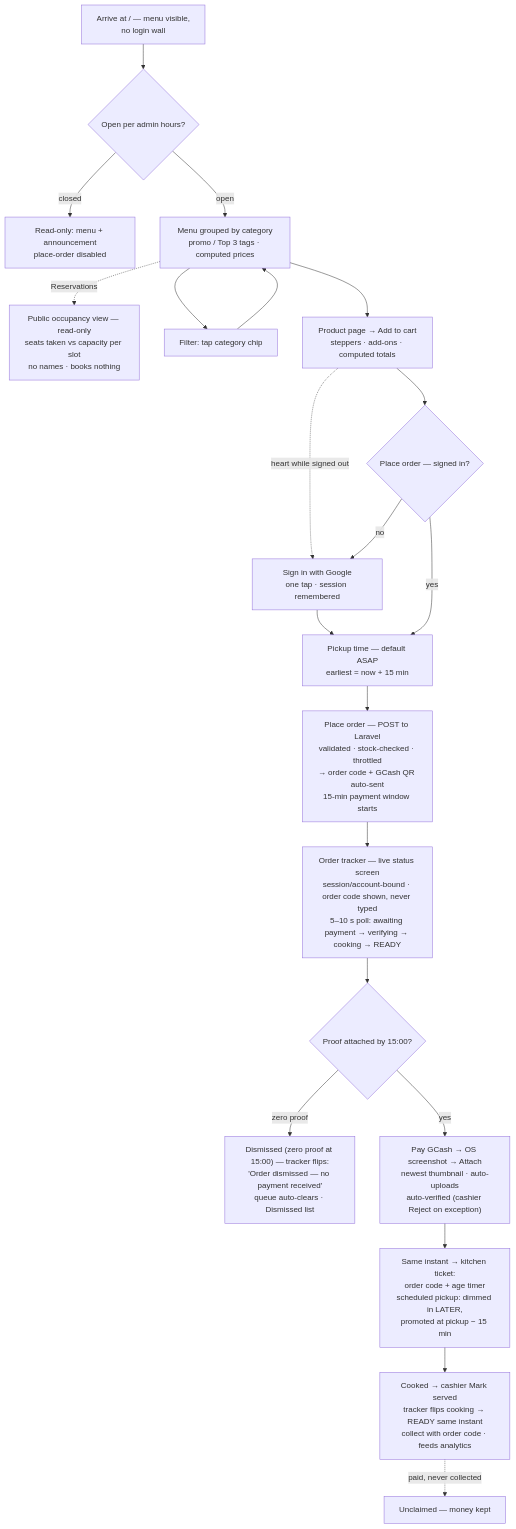
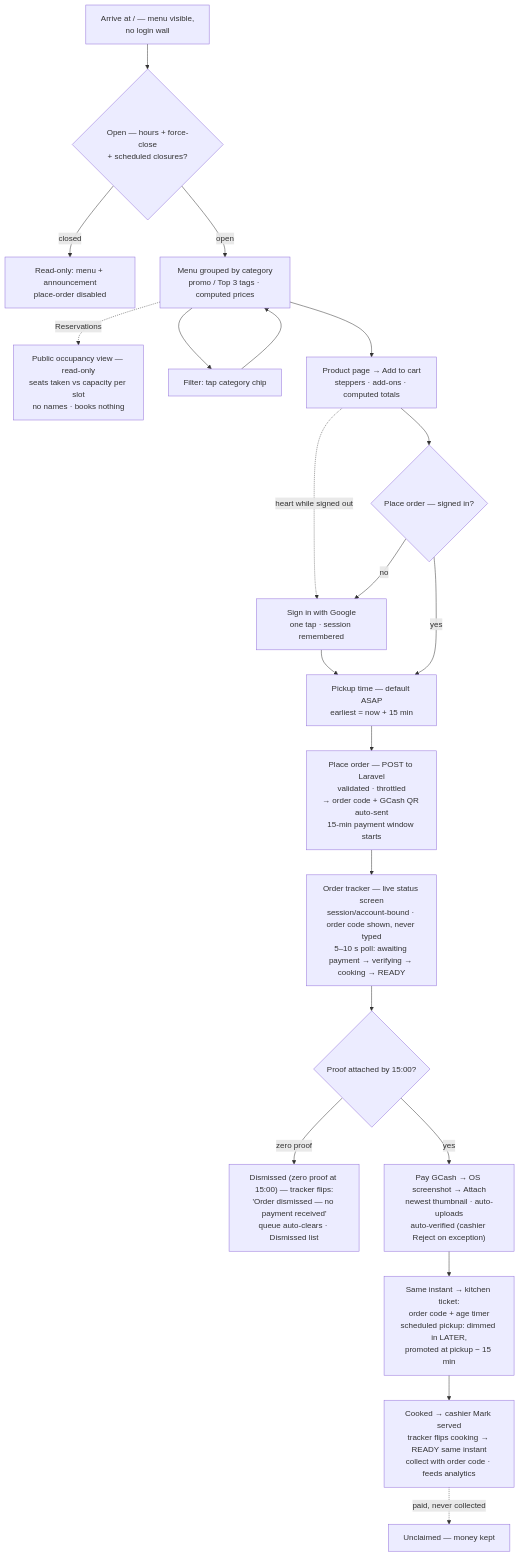
Before and after one commit to S1NXIAN/CRNP: the diagram in docs/flow-charts/customer.md, drawn with Mermaid. The commit also changed 4 other files, not shown here.

````diff
--- a/docs/flow-charts/customer.md
+++ b/docs/flow-charts/customer.md
@@ -6,23 +6,23 @@
 ```mermaid
 flowchart TD
-    A["Arrive at / — menu visible,<br/>no login wall"] --> B{"Open per admin hours?"}
+    A["Arrive at / — menu visible,<br/>no login wall"] --> B{"Open — hours + force-close<br/>+ scheduled closures?"}
     B -->|"closed"| C["Read-only: menu + announcement<br/>place-order disabled"]
     B -->|"open"| D["Menu grouped by category<br/>promo / Top 3 tags · computed prices"]
     D -.->|"Reservations"| V["Public occupancy view — read-only<br/>seats taken vs capacity per slot<br/>no names · books nothing"]
     D --> E["Filter: tap category chip"]
     E --> D
     D --> F["Product page → Add to cart<br/>steppers · add-ons · computed totals"]
     F -.->|"heart while signed out"| G
     F --> H{"Place order — signed in?"}
     H -->|"no"| G["Sign in with Google<br/>one tap · session remembered"]
     G --> I["Pickup time — default ASAP<br/>earliest = now + 15 min"]
     H -->|"yes"| I
-    I --> J["Place order — POST to Laravel<br/>validated · stock-checked · throttled<br/>→ order code + GCash QR auto-sent<br/>15-min payment window starts"]
+    I --> J["Place order — POST to Laravel<br/>validated · throttled<br/>→ order code + GCash QR auto-sent<br/>15-min payment window starts"]
     J --> T["Order tracker — live status screen<br/>session/account-bound · order code shown, never typed<br/>5–10 s poll: awaiting payment → verifying → cooking → READY"]
     T --> K{"Proof attached by 15:00?"}
     K -->|"zero proof"| L["Dismissed (zero proof at 15:00) — tracker flips:<br/>'Order dismissed — no payment received'<br/>queue auto-clears · Dismissed list"]
     K -->|"yes"| M["Pay GCash → OS screenshot → Attach<br/>newest thumbnail · auto-uploads<br/>auto-verified (cashier Reject on exception)"]
     M --> N["Same instant → kitchen ticket:<br/>order code + age timer<br/>scheduled pickup: dimmed in LATER,<br/>promoted at pickup − 15 min"]
     N --> O["Cooked → cashier Mark served<br/>tracker flips cooking → READY same instant<br/>collect with order code · feeds analytics"]
     O -.->|"paid, never collected"| P["Unclaimed — money kept"]
 ```
````
